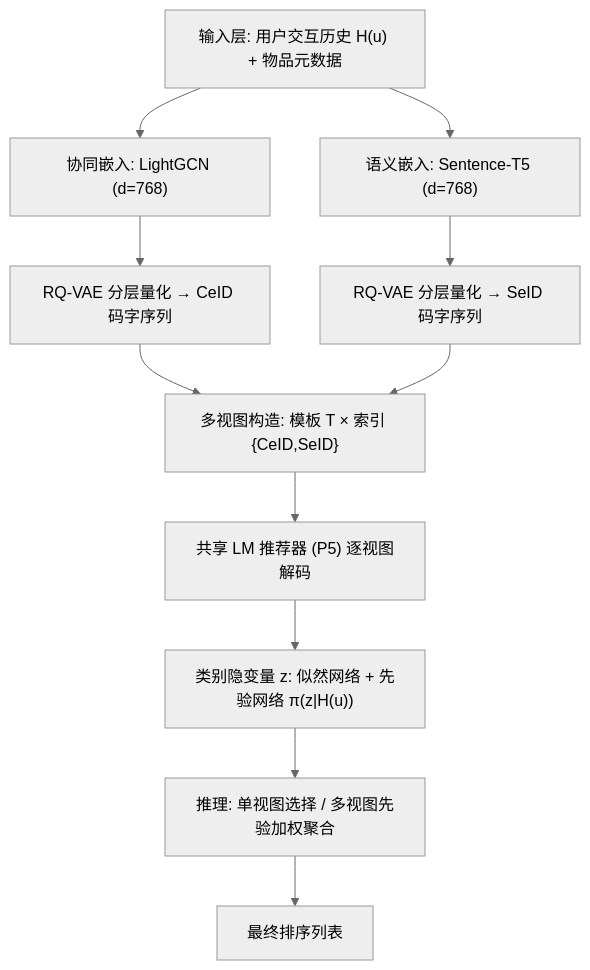
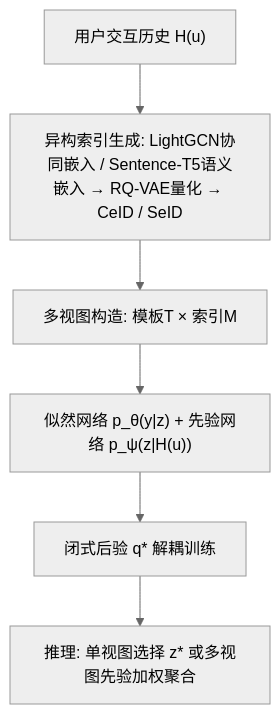
The diagram in docs/venues/SIGIR/2026/generative_rec/mviger_multi_view_variational_integration_of_complementary_knowledge_for_ge.md (jbdcia321vw/Paper-Notes), drawn with Mermaid (neutral theme) before and after one commit. The commit also changed other lines of this file and 1119 other files, not shown here.

````diff
--- a/docs/venues/SIGIR/2026/generative_rec/mviger_multi_view_variational_integration_of_complementary_knowledge_for_ge.md
+++ b/docs/venues/SIGIR/2026/generative_rec/mviger_multi_view_variational_integration_of_complementary_knowledge_for_ge.md
@@ -76,13 +46,8 @@
 ```mermaid
 flowchart TD
-    A["输入层: 用户交互历史 H(u) + 物品元数据"] --> B1["协同嵌入: LightGCN (d=768)"]
-    A --> B2["语义嵌入: Sentence-T5 (d=768)"]
-    B1 --> C1["RQ-VAE 分层量化 → CeID 码字序列"]
-    B2 --> C2["RQ-VAE 分层量化 → SeID 码字序列"]
-    C1 --> D["多视图构造: 模板 T × 索引 {CeID,SeID}"]
-    C2 --> D
-    D --> E["共享 LM 推荐器 (P5) 逐视图解码"]
-    E --> F["类别隐变量 z: 似然网络 + 先验网络 π(z|H(u))"]
-    F --> G["推理: 单视图选择 / 多视图先验加权聚合"]
-    G --> H["最终排序列表"]
+    A["用户交互历史 H(u)"] --> B["异构索引生成: LightGCN协同嵌入 / Sentence-T5语义嵌入 → RQ-VAE量化 → CeID / SeID"]
+    B --> C["多视图构造: 模板T × 索引M"]
+    C --> D["似然网络 p_θ(y|z) + 先验网络 p_ψ(z|H(u))"]
+    D --> E["闭式后验 q* 解耦训练"]
+    E --> F["推理: 单视图选择 z* 或多视图先验加权聚合"]
 ```
````
